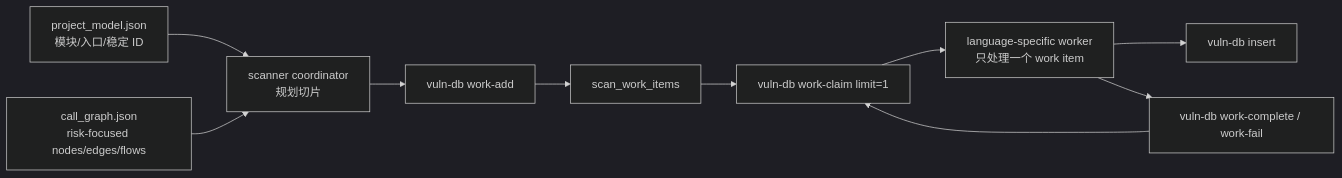
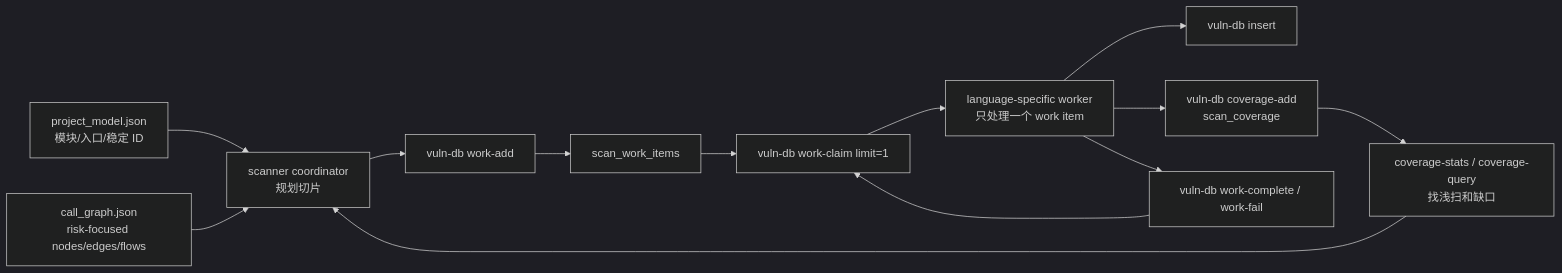
Before and after one commit to TTY-flag/opencode_tty: the second of 3 diagrams in .opencode/README_multi-agent1.md, drawn with Mermaid (dark theme). The commit also changed other lines of this file and 18 other files, not shown here.

Commit message:
feat: add multi-round scan coverage profiles

````diff
--- a/.opencode/README_multi-agent1.md
+++ b/.opencode/README_multi-agent1.md
@@ -241,12 +242,15 @@
 ```mermaid
 flowchart LR
   PM["project_model.json<br/>模块/入口/稳定 ID"] --> PLAN["scanner coordinator<br/>规划切片"]
   CG["call_graph.json<br/>risk-focused nodes/edges/flows"] --> PLAN
   PLAN --> ADD["vuln-db work-add"]
   ADD --> QUEUE["scan_work_items"]
   QUEUE --> CLAIM["vuln-db work-claim limit=1"]
   CLAIM --> WORKER["language-specific worker<br/>只处理一个 work item"]
   WORKER --> INSERT["vuln-db insert"]
+  WORKER --> COV["vuln-db coverage-add<br/>scan_coverage"]
+  COV --> GAP["coverage-stats / coverage-query<br/>找浅扫和缺口"]
+  GAP --> PLAN
   WORKER --> COMPLETE["vuln-db work-complete / work-fail"]
   COMPLETE --> CLAIM
 ```
````
